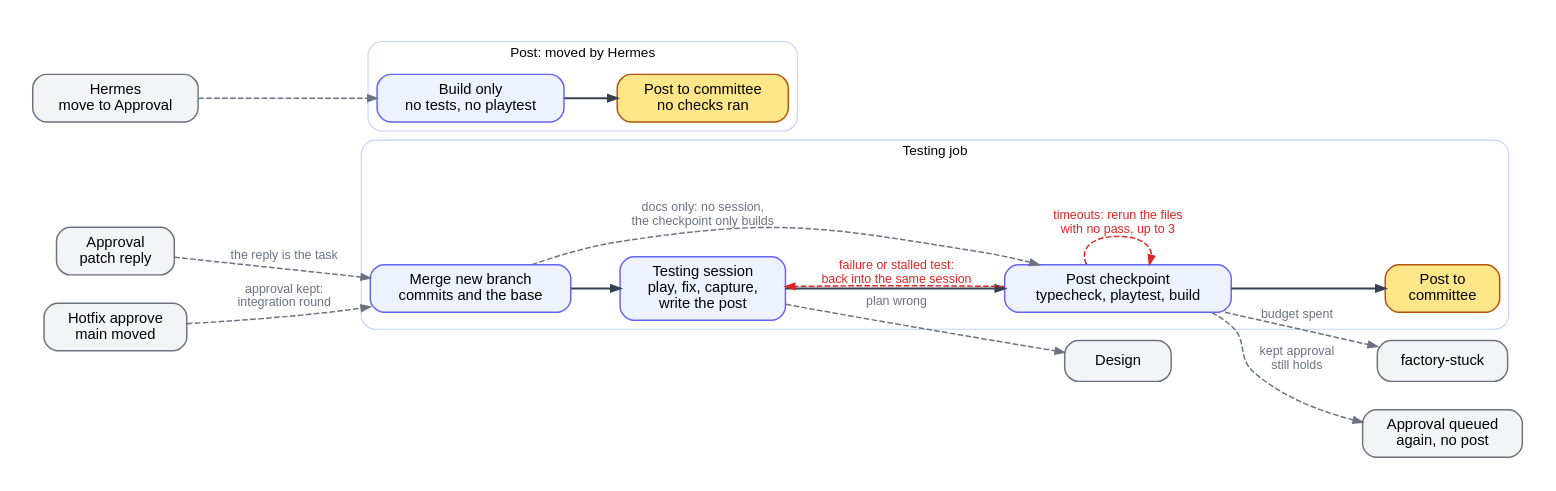
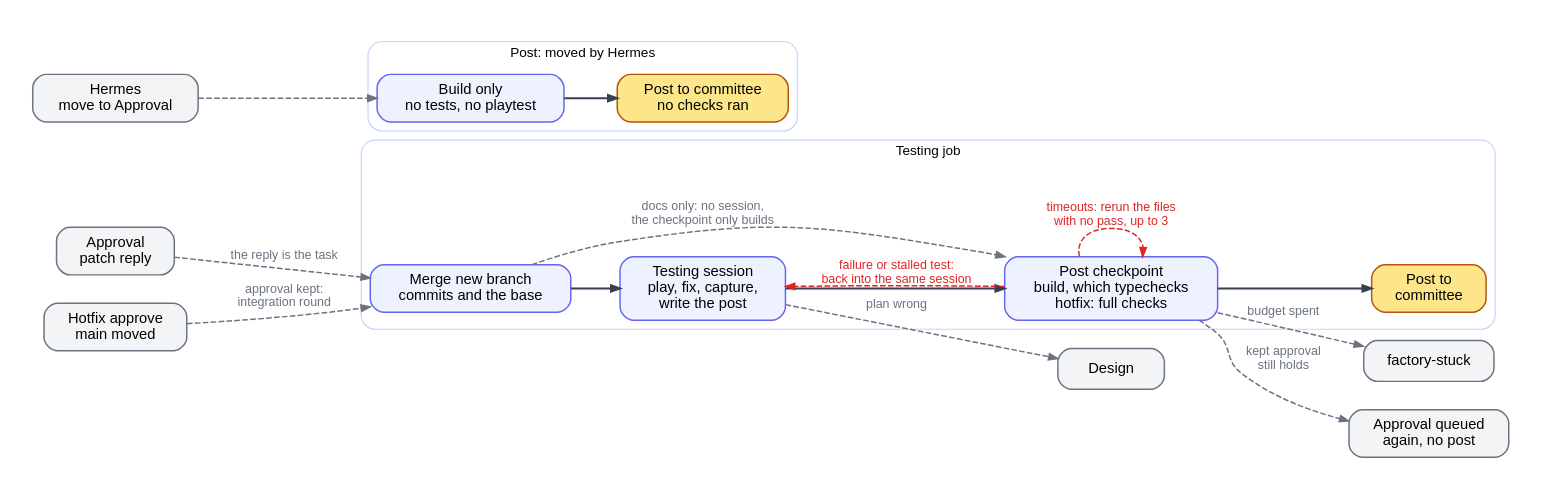
Before and after one commit to ROAM-game-org/road-machiners: the diagram in factory/docs/diagrams/testing.dot, drawn with Graphviz. The commit also changed 11 other files, not shown here.

```diff
--- a/factory/docs/diagrams/testing.dot
+++ b/factory/docs/diagrams/testing.dot
@@ -1,35 +1,35 @@
 // Testing column. One testing session gets a card ready for the committee, and the post checkpoint gates the post. Post-only runs when Hermes moves a card to Approval.
 // Red: loops back. Grey: leaves Testing or enters from outside.
 digraph testing {
   rankdir=LR; nodesep=0.35; ranksep=0.55; bgcolor=white; pad=0.3;
   node [shape=box, style="rounded,filled", fillcolor="#eef2ff", color="#6366f1", fontname="Helvetica", fontsize=13, margin="0.2,0.1", penwidth=1.3, width=1.3];
   edge [color="#374151", penwidth=1.8, arrowsize=0.8, fontname="Helvetica", fontsize=11];
   subgraph cluster_session {
     label="Testing job"; fontname="Helvetica"; fontsize=12; color="#c7d2fe"; style=rounded;
     PM [label="Merge new branch\ncommits and the base"]; PT [label="Testing session\nplay, fix, capture,\nwrite the post"];
-    PC [label="Post checkpoint\ntypecheck, playtest, build"]; PP [label="Post to\ncommittee", fillcolor="#fde68a", color="#b45309"];
+    PC [label="Post checkpoint\nbuild, which typechecks\nhotfix: full checks"]; PP [label="Post to\ncommittee", fillcolor="#fde68a", color="#b45309"];
     PM -> PT -> PC -> PP [weight=100];
   }
   subgraph cluster_post {
     label="Post: moved by Hermes"; fontname="Helvetica"; fontsize=12; color="#c7d2fe"; style=rounded;
     QB [label="Build only\nno tests, no playtest"]; QP [label="Post to committee\nno checks ran", fillcolor="#fde68a", color="#b45309"];
     QB -> QP [weight=100];
   }
   XH [label="Hermes\nmove to Approval", fillcolor="#f3f4f6", color="#6b7280"];
   XA [label="Approval\npatch reply", fillcolor="#f3f4f6", color="#6b7280"];
   XD [label="Design", fillcolor="#f3f4f6", color="#6b7280"];
   XS [label="factory-stuck", fillcolor="#f3f4f6", color="#6b7280"];
   XK [label="Hotfix approve\nmain moved", fillcolor="#f3f4f6", color="#6b7280"];
   XQ [label="Approval queued\nagain, no post", fillcolor="#f3f4f6", color="#6b7280"];
   edge [color="#dc2626", fontcolor="#dc2626", style=dashed, penwidth=1.3];
   PC -> PT [label="failure or stalled test:\nback into the same session"];
   PC -> PC [label="timeouts: rerun the files\nwith no pass, up to 3"];
   edge [color="#6b7280", fontcolor="#6b7280"];
   PM -> PC [label="docs only: no session,\nthe checkpoint only builds"];
   XH -> QB;
   XA -> PM [label="the reply is the task"];
   XK -> PM [label="approval kept:\nintegration round"];
   PC -> XQ [label="kept approval\nstill holds"];
   PT -> XD [label="plan wrong"];
   PC -> XS [label="budget spent"];
 }
```
